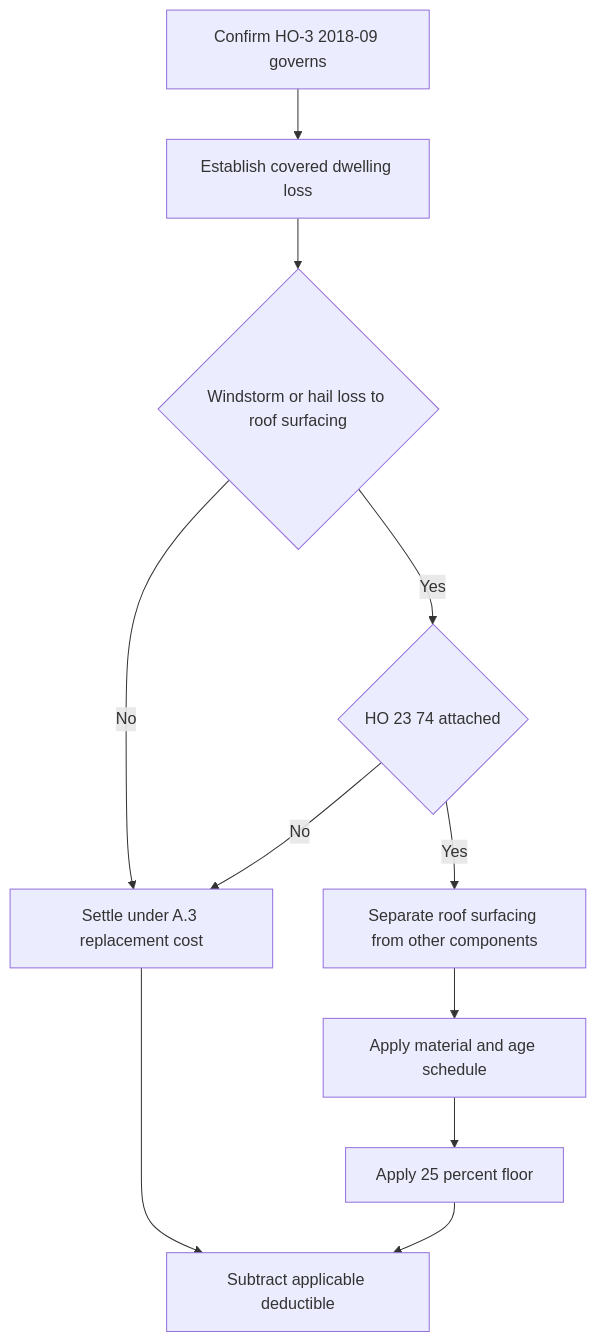
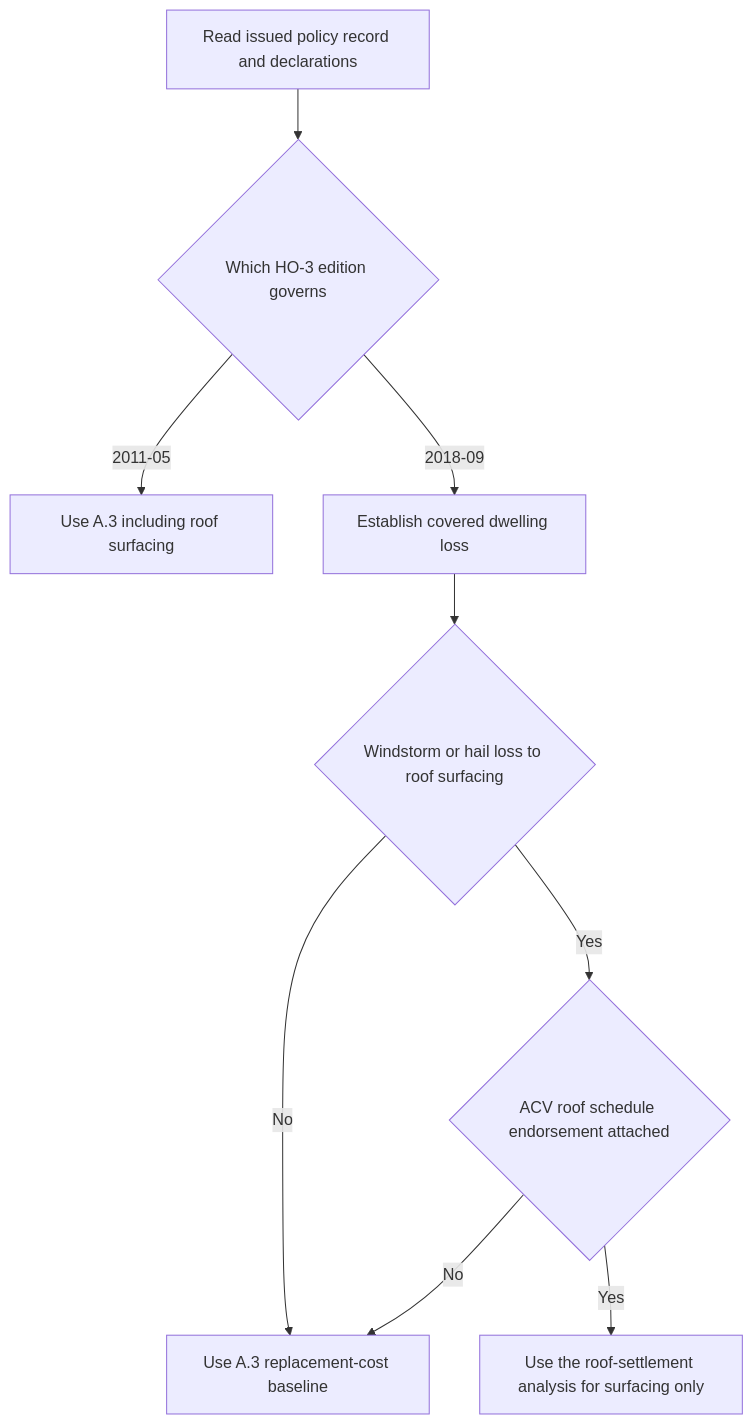
One commit to eugeneliu-86/openwiki-insurance-corpus changed the diagram in openwiki/coverage/coverage-a/dwelling.md. Above: the diagram before and after it, drawn with Mermaid. The commit also changed other lines of this file and 41 other files, not shown here.

````diff
--- a/openwiki/coverage/coverage-a/dwelling.md
+++ b/openwiki/coverage/coverage-a/dwelling.md
@@ -53,13 +54,11 @@
 ```mermaid
 flowchart TD
-    Start["Confirm HO-3 2018-09 governs"] --> Covered["Establish covered dwelling loss"]
+    Record["Read issued policy record and declarations"] --> Edition{"Which HO-3 edition governs"}
+    Edition -- "2011-05" --> Older["Use A.3 including roof surfacing"]
+    Edition -- "2018-09" --> Covered["Establish covered dwelling loss"]
     Covered --> Roof{"Windstorm or hail loss to roof surfacing"}
-    Roof -- No --> Baseline["Settle under A.3 replacement cost"]
-    Roof -- Yes --> Attached{"HO 23 74 attached"}
+    Roof -- No --> Baseline["Use A.3 replacement-cost baseline"]
+    Roof -- Yes --> Attached{"ACV roof schedule endorsement attached"}
     Attached -- No --> Baseline
-    Attached -- Yes --> Scope["Separate roof surfacing from other components"]
-    Scope --> Schedule["Apply material and age schedule"]
-    Schedule --> Floor["Apply 25 percent floor"]
-    Floor --> Deduct["Subtract applicable deductible"]
-    Baseline --> Deduct
+    Attached -- Yes --> Route["Use the roof-settlement analysis for surfacing only"]
 ```
````
